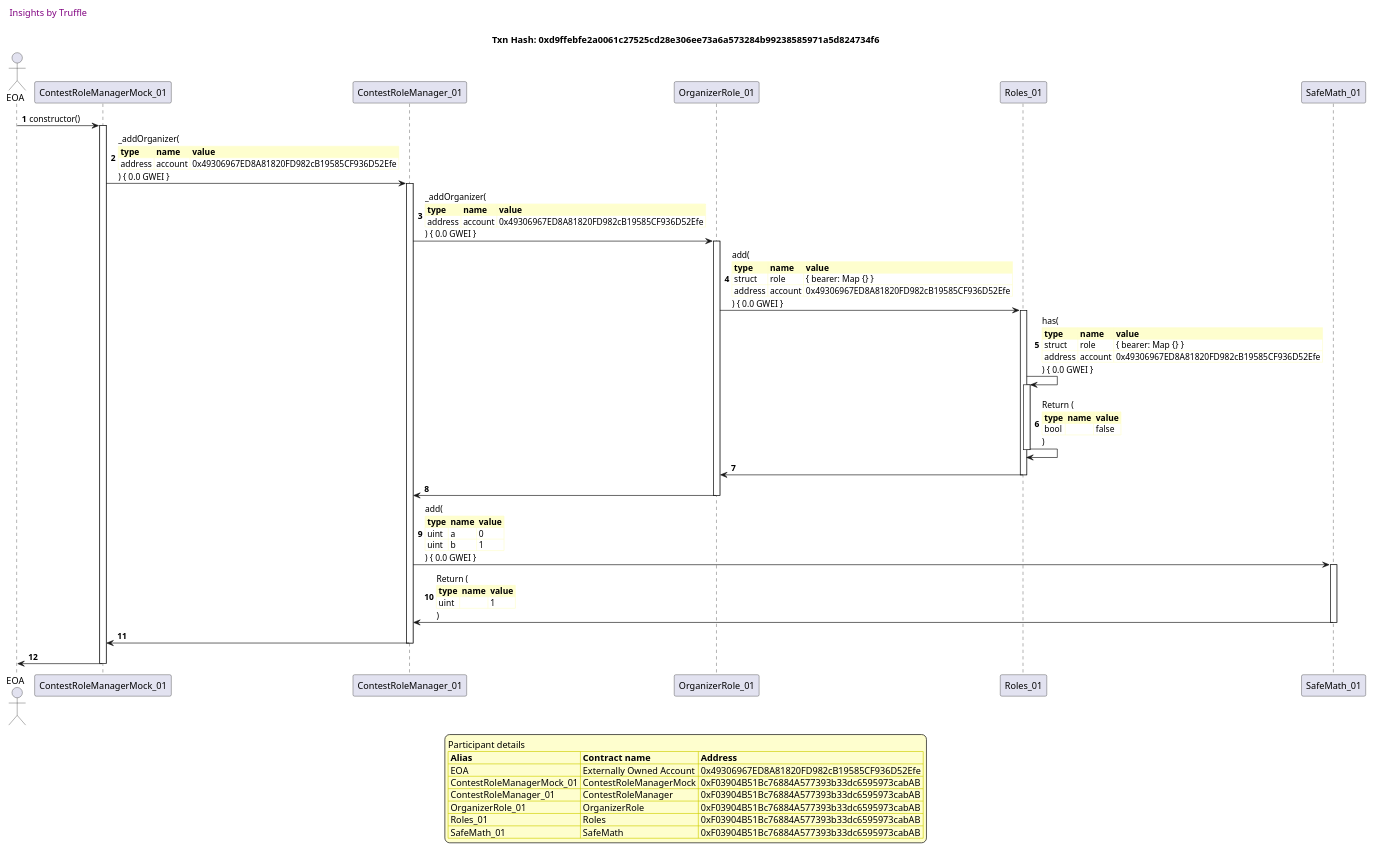
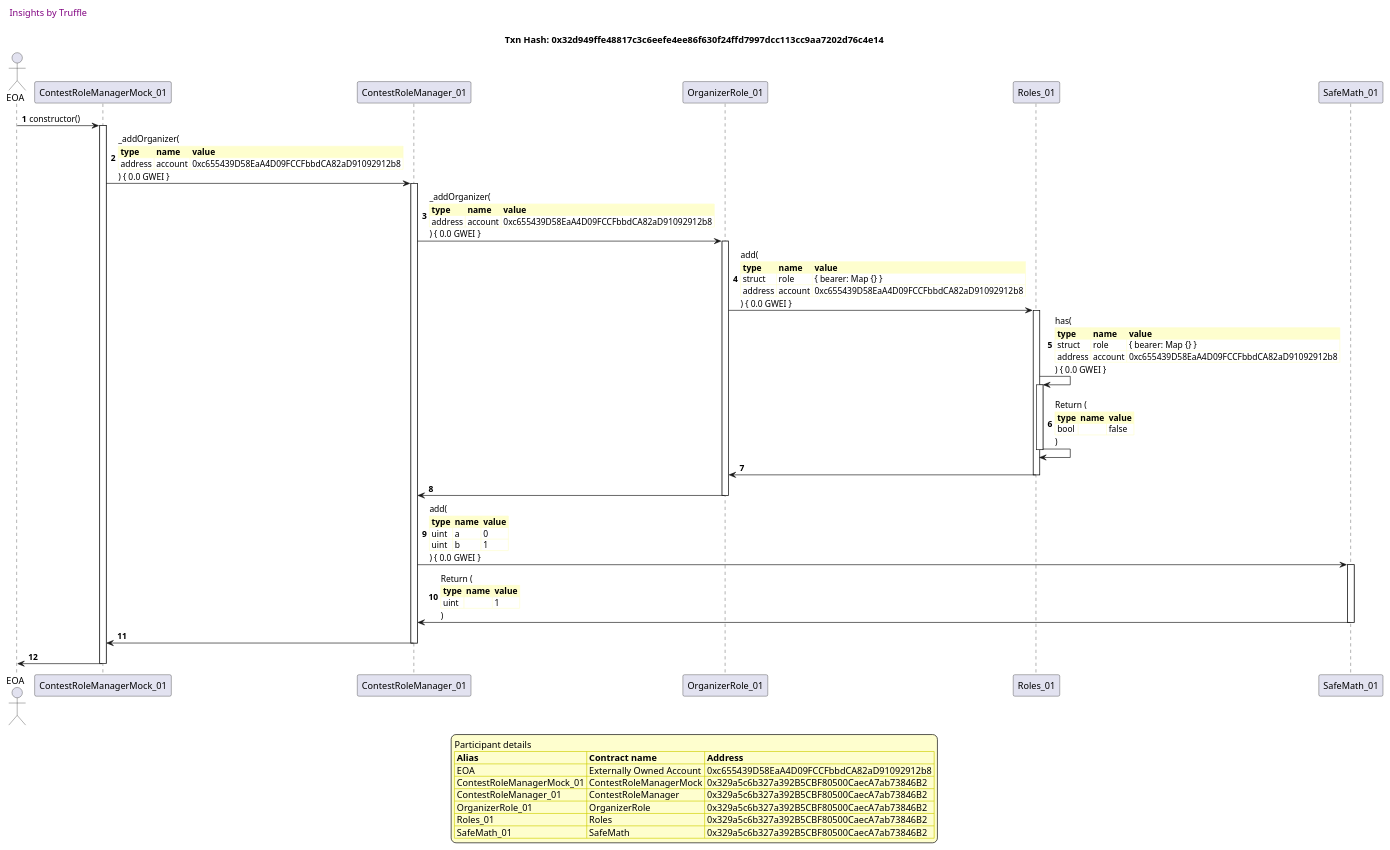
The fourth of 20 diagrams in truffle-seq/roles_contestrolemanager.md (fodisi/hackapay), drawn with PlantUML before and after one commit. The commit also changed other lines of this file and 10 other files, not shown here.

````diff
--- a/truffle-seq/roles_contestrolemanager.md
+++ b/truffle-seq/roles_contestrolemanager.md
@@ -243,79 +243,79 @@
 ```plantuml
 
 
 @startuml
 
 autonumber
 skinparam legendBackgroundColor #FEFECE
 
 <style>
       header {
         HorizontalAlignment left
         FontColor purple
         FontSize 14
         Padding 10
       }
     </style>
 
 header Insights by Truffle
 
-title Txn Hash: 0xd9ffebfe2a0061c27525cd28e306ee73a6a573284b99238585971a5d824734f6
+title Txn Hash: 0x32d949ffe48817c3c6eefe4ee86f630f24ffd7997dcc113cc9aa7202d76c4e14
 
 
 actor EOA as "EOA"
 participant ContestRoleManagerMock_01 as "ContestRoleManagerMock_01"
 participant ContestRoleManager_01 as "ContestRoleManager_01"
 participant OrganizerRole_01 as "OrganizerRole_01"
 participant Roles_01 as "Roles_01"
 participant SafeMath_01 as "SafeMath_01"
 
 "EOA" -> "ContestRoleManagerMock_01" ++: constructor()
 "ContestRoleManagerMock_01" -> "ContestRoleManager_01" ++: _addOrganizer(\n\
 <#FEFECE,#FEFECE>|= type |= name |= value |\n\
-| address | account | 0x49306967ED8A81820FD982cB19585CF936D52Efe |\n\
+| address | account | 0xc655439D58EaA4D09FCCFbbdCA82aD91092912b8 |\n\
 ) { 0.0 GWEI }
 "ContestRoleManager_01" -> "OrganizerRole_01" ++: _addOrganizer(\n\
 <#FEFECE,#FEFECE>|= type |= name |= value |\n\
-| address | account | 0x49306967ED8A81820FD982cB19585CF936D52Efe |\n\
+| address | account | 0xc655439D58EaA4D09FCCFbbdCA82aD91092912b8 |\n\
 ) { 0.0 GWEI }
 "OrganizerRole_01" -> "Roles_01" ++: add(\n\
 <#FEFECE,#FEFECE>|= type |= name |= value |\n\
 | struct | role | { bearer: Map {} } |\n\
-| address | account | 0x49306967ED8A81820FD982cB19585CF936D52Efe |\n\
+| address | account | 0xc655439D58EaA4D09FCCFbbdCA82aD91092912b8 |\n\
 ) { 0.0 GWEI }
 "Roles_01" -> "Roles_01" ++: has(\n\
 <#FEFECE,#FEFECE>|= type |= name |= value |\n\
 | struct | role | { bearer: Map {} } |\n\
-| address | account | 0x49306967ED8A81820FD982cB19585CF936D52Efe |\n\
+| address | account | 0xc655439D58EaA4D09FCCFbbdCA82aD91092912b8 |\n\
 ) { 0.0 GWEI }
 "Roles_01" -> "Roles_01" --: Return (\n\
 <#FEFECE,#FEFECE>|= type |= name |= value |\n\
 | bool |  | false |\n\
 )
 "Roles_01" -> "OrganizerRole_01" --: 
 "OrganizerRole_01" -> "ContestRoleManager_01" --: 
 "ContestRoleManager_01" -> "SafeMath_01" ++: add(\n\
 <#FEFECE,#FEFECE>|= type |= name |= value |\n\
 | uint | a | 0 |\n\
 | uint | b | 1 |\n\
 ) { 0.0 GWEI }
 "SafeMath_01" -> "ContestRoleManager_01" --: Return (\n\
 <#FEFECE,#FEFECE>|= type |= name |= value |\n\
 | uint |  | 1 |\n\
 )
 "ContestRoleManager_01" -> "ContestRoleManagerMock_01" --: 
 "ContestRoleManagerMock_01" -> "EOA" --: 
 
 legend
 Participant details
 <#FEFECE,#D0D000>|= Alias |= Contract name |= Address |
-<#FEFECE>| EOA | Externally Owned Account | 0x49306967ED8A81820FD982cB19585CF936D52Efe |
-<#FEFECE>| ContestRoleManagerMock_01 | ContestRoleManagerMock | 0xF03904B51Bc76884A577393b33dc6595973cabAB |
-<#FEFECE>| ContestRoleManager_01 | ContestRoleManager | 0xF03904B51Bc76884A577393b33dc6595973cabAB |
-<#FEFECE>| OrganizerRole_01 | OrganizerRole | 0xF03904B51Bc76884A577393b33dc6595973cabAB |
-<#FEFECE>| Roles_01 | Roles | 0xF03904B51Bc76884A577393b33dc6595973cabAB |
-<#FEFECE>| SafeMath_01 | SafeMath | 0xF03904B51Bc76884A577393b33dc6595973cabAB |
+<#FEFECE>| EOA | Externally Owned Account | 0xc655439D58EaA4D09FCCFbbdCA82aD91092912b8 |
+<#FEFECE>| ContestRoleManagerMock_01 | ContestRoleManagerMock | 0x329a5c6b327a392B5CBF80500CaecA7ab73846B2 |
+<#FEFECE>| ContestRoleManager_01 | ContestRoleManager | 0x329a5c6b327a392B5CBF80500CaecA7ab73846B2 |
+<#FEFECE>| OrganizerRole_01 | OrganizerRole | 0x329a5c6b327a392B5CBF80500CaecA7ab73846B2 |
+<#FEFECE>| Roles_01 | Roles | 0x329a5c6b327a392B5CBF80500CaecA7ab73846B2 |
+<#FEFECE>| SafeMath_01 | SafeMath | 0x329a5c6b327a392B5CBF80500CaecA7ab73846B2 |
 endlegend
 
 @enduml
 ```
````
